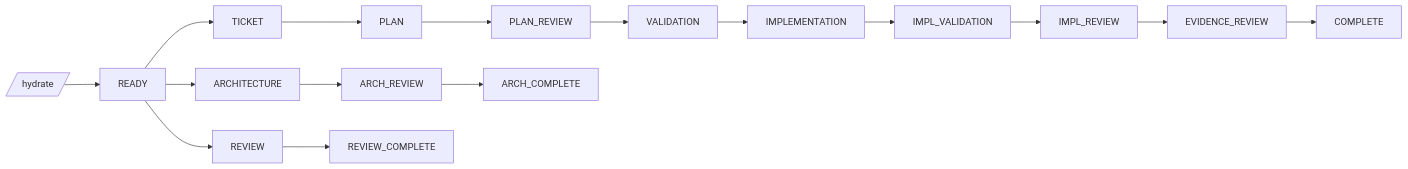
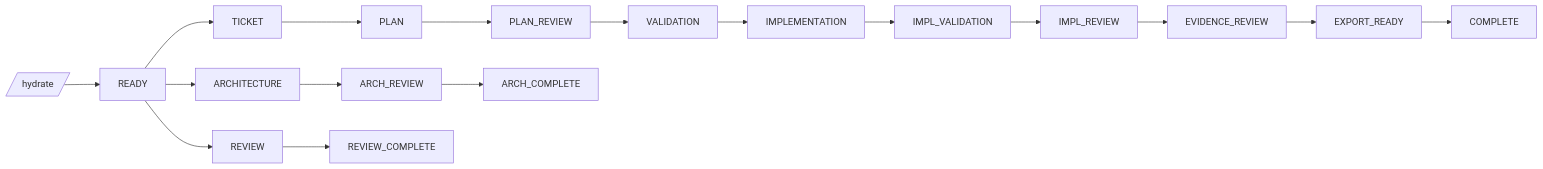
One commit to koeppben23/governed-runtime changed the diagram in PRODUCT_IDENTITY.md. Above: the diagram before and after it, drawn with Mermaid. The commit also changed other lines of this file and 248 other files, not shown here.

````diff
--- a/PRODUCT_IDENTITY.md
+++ b/PRODUCT_IDENTITY.md
@@ -148,13 +149,13 @@
 ```mermaid
 flowchart LR
     HYD[/hydrate/] --> READY
     READY --> TICKET
     READY --> ARCH[ARCHITECTURE]
     READY --> REVIEW
 
-    TICKET --> PLAN --> PLAN_REV[PLAN_REVIEW] --> VAL[VALIDATION] --> IMPL[IMPLEMENTATION] --> IMPL_VAL[IMPL_VALIDATION] --> IMPL_REV[IMPL_REVIEW] --> EVID_REV[EVIDENCE_REVIEW] --> COMPLETE
+    TICKET --> PLAN --> PLAN_REV[PLAN_REVIEW] --> VAL[VALIDATION] --> IMPL[IMPLEMENTATION] --> IMPL_VAL[IMPL_VALIDATION] --> IMPL_REV[IMPL_REVIEW] --> EVID_REV[EVIDENCE_REVIEW] --> EXPORT_READY --> COMPLETE
 
     ARCH --> ARCH_REV[ARCH_REVIEW] --> ARCH_COMPLETE
 
     REVIEW --> REVIEW_COMPLETE
 ```
````
